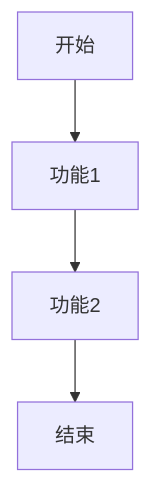
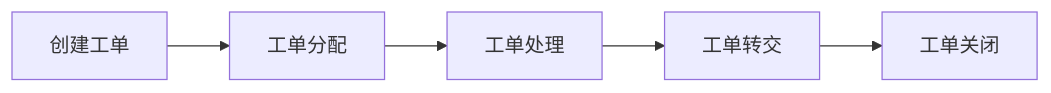
One commit to zhishi324/n8ndeploy changed the diagram in doc/requirement1.md. Above: the diagram before and after it, drawn with Mermaid. The commit also changed other lines of this file, not shown here.

````diff
--- a/doc/requirement1.md
+++ b/doc/requirement1.md
@@ -40,6 +21,7 @@
 ```mermaid
-graph TD
-    A[开始] --> B[功能1]
-    B --> C[功能2]
-    C --> D[结束]
+graph LR
+A[创建工单] --> B[工单分配]
+B --> C[工单处理]
+C --> D[工单转交]
+D --> E[工单关闭]
 ```
````
